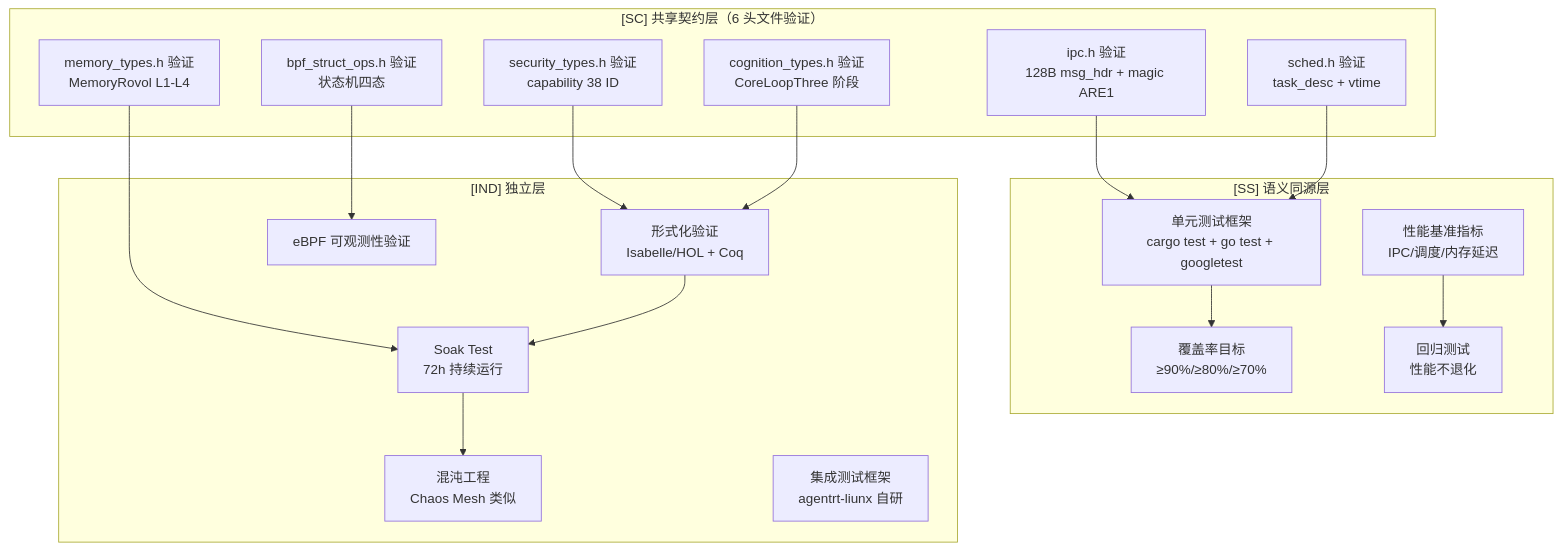
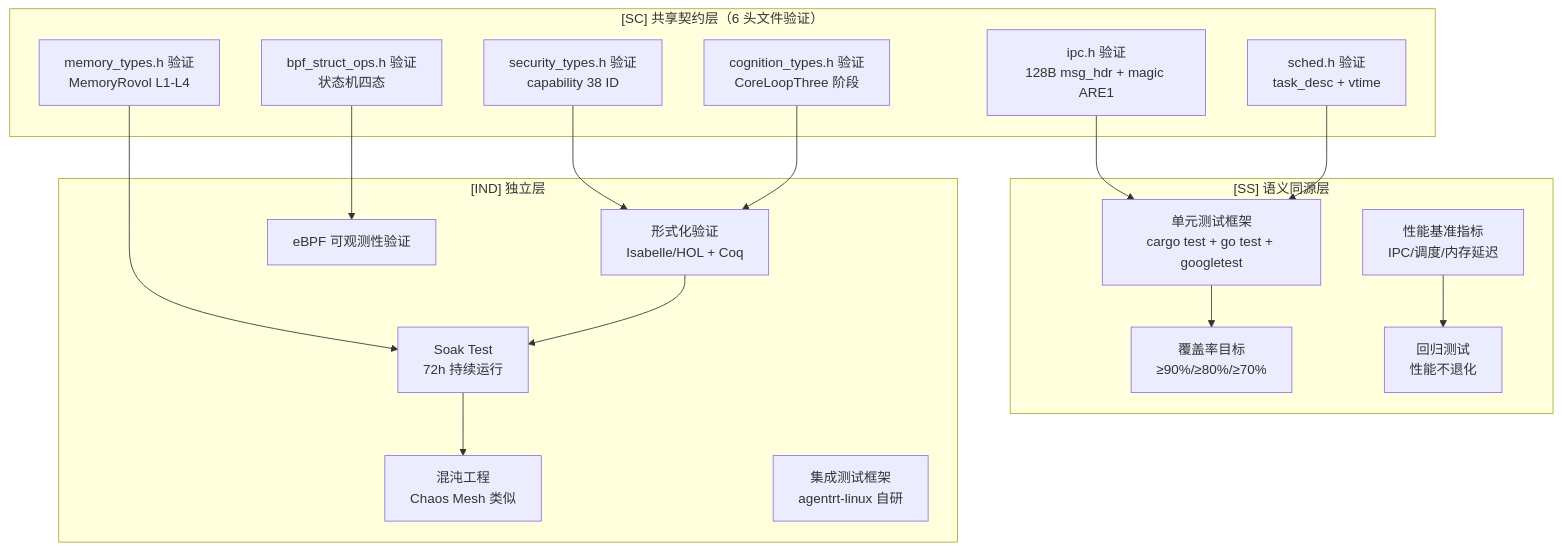
Before and after one commit to openairymax/docs: the second of 2 diagrams in AirymaxOS/20-modules/08-tests.md, drawn with Mermaid. The commit also changed other lines of this file and 75 other files, not shown here.

````diff
--- a/AirymaxOS/20-modules/08-tests.md
+++ b/AirymaxOS/20-modules/08-tests.md
@@ -454,34 +454,34 @@
 ```mermaid
 graph TD
     subgraph SC["[SC] 共享契约层（6 头文件验证）"]
         IPC_TEST[ipc.h 验证<br/>128B msg_hdr + magic ARE1]
         SCHED_TEST[sched.h 验证<br/>task_desc + vtime]
         BPF_TEST[bpf_struct_ops.h 验证<br/>状态机四态]
         MEM_TEST[memory_types.h 验证<br/>MemoryRovol L1-L4]
         SEC_TEST[security_types.h 验证<br/>capability 38 ID]
         COG_TEST[cognition_types.h 验证<br/>CoreLoopThree 阶段]
     end
     subgraph SS["[SS] 语义同源层"]
         UNIT_FW[单元测试框架<br/>cargo test + go test + googletest]
         BENCH_METRICS[性能基准指标<br/>IPC/调度/内存延迟]
         COVERAGE[覆盖率目标<br/>≥90%/≥80%/≥70%]
         REGRESSION[回归测试<br/>性能不退化]
     end
     subgraph IND["[IND] 独立层"]
         FV[形式化验证<br/>Isabelle/HOL + Coq]
         SOAK[Soak Test<br/>72h 持续运行]
         CHAOS[混沌工程<br/>Chaos Mesh 类似]
         EBPF_VER[eBPF 可观测性验证]
-        ITF[集成测试框架<br/>agentrt-liunx 自研]
+        ITF[集成测试框架<br/>agentrt-linux 自研]
     end
     IPC_TEST --> UNIT_FW
     SCHED_TEST --> UNIT_FW
     BPF_TEST --> EBPF_VER
     MEM_TEST --> SOAK
     SEC_TEST --> FV
     COG_TEST --> FV
     UNIT_FW --> COVERAGE
     BENCH_METRICS --> REGRESSION
     FV --> SOAK
     SOAK --> CHAOS
 ```
````
